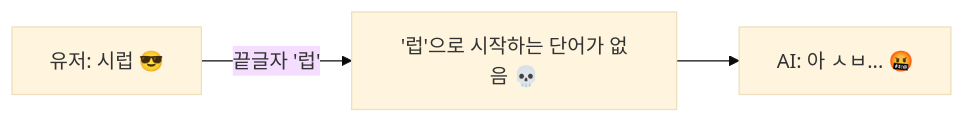
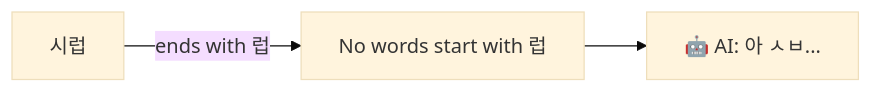
One commit to Technoetic/word-chain-game changed the fifth of 7 diagrams in README.md. Above: the diagram before and after it, drawn with Mermaid (base theme). The commit also changed other lines of this file, not shown here.

````diff
--- a/README.md
+++ b/README.md
@@ -90,5 +88,5 @@
 ```mermaid
 flowchart LR
-    A["유저: 시럽 😎"] -->|끝글자 '럽'| B["'럽'으로 시작하는 단어가 없음 💀"]
-    B --> C["AI: 아 ㅅㅂ... 🤬"]
+    A["시럽"] -->|ends with 럽| B["No words start with 럽"]
+    B --> C["🤖 AI: 아 ㅅㅂ..."]
 ```
````
